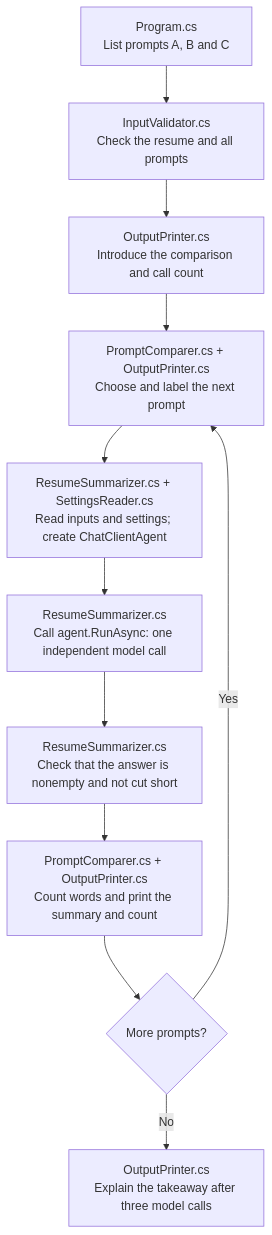
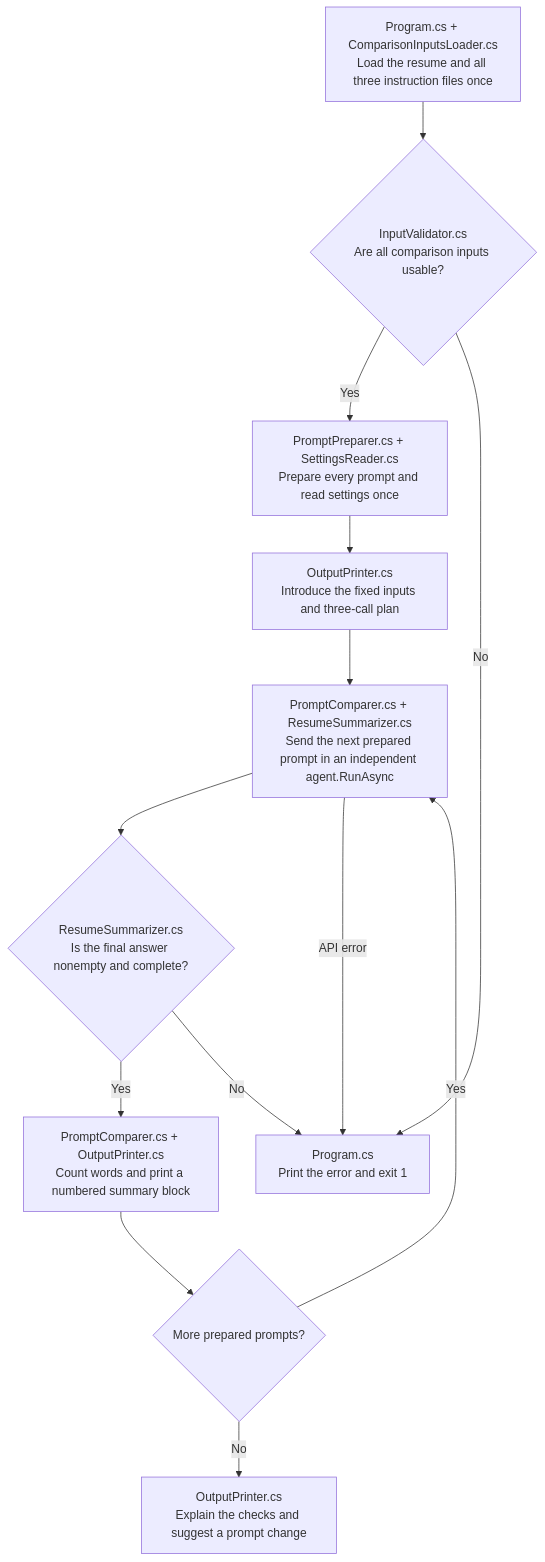
One commit to KhosroPakmanesh/ai-engineering-training changed the diagram in 01-prompt-engineering/prompt-engineering/README.md. Above: the diagram before and after it, drawn with Mermaid. The commit also changed other lines of this file and 177 other files, not shown here.

````diff
--- a/01-prompt-engineering/prompt-engineering/README.md
+++ b/01-prompt-engineering/prompt-engineering/README.md
@@ -17,13 +17,15 @@
 ```mermaid
 flowchart TD
-    A["Program.cs<br/>List prompts A, B and C"] --> B["InputValidator.cs<br/>Check the resume and all prompts"]
-    B --> P["OutputPrinter.cs<br/>Introduce the comparison and call count"]
-    P --> C["PromptComparer.cs + OutputPrinter.cs<br/>Choose and label the next prompt"]
-    C --> D["ResumeSummarizer.cs + SettingsReader.cs<br/>Read inputs and settings; create ChatClientAgent"]
-    D --> E["ResumeSummarizer.cs<br/>Call agent.RunAsync: one independent model call"]
-    E --> F["ResumeSummarizer.cs<br/>Check that the answer is nonempty and not cut short"]
-    F --> G["PromptComparer.cs + OutputPrinter.cs<br/>Count words and print the summary and count"]
-    G --> H{"More prompts?"}
-    H -->|Yes| C
-    H -->|No| I["OutputPrinter.cs<br/>Explain the takeaway after three model calls"]
+    A["Program.cs + ComparisonInputsLoader.cs<br/>Load the resume and all three instruction files once"] --> B{"InputValidator.cs<br/>Are all comparison inputs usable?"}
+    B -->|Yes| C["PromptPreparer.cs + SettingsReader.cs<br/>Prepare every prompt and read settings once"]
+    C --> D["OutputPrinter.cs<br/>Introduce the fixed inputs and three-call plan"]
+    D --> E["PromptComparer.cs + ResumeSummarizer.cs<br/>Send the next prepared prompt in an independent agent.RunAsync"]
+    E --> F{"ResumeSummarizer.cs<br/>Is the final answer nonempty and complete?"}
+    F -->|Yes| G["PromptComparer.cs + OutputPrinter.cs<br/>Count words and print a numbered summary block"]
+    G --> H{"More prepared prompts?"}
+    H -->|Yes| E
+    H -->|No| I["OutputPrinter.cs<br/>Explain the checks and suggest a prompt change"]
+    B -->|No| X["Program.cs<br/>Print the error and exit 1"]
+    F -->|No| X
+    E -->|API error| X
 ```
````
